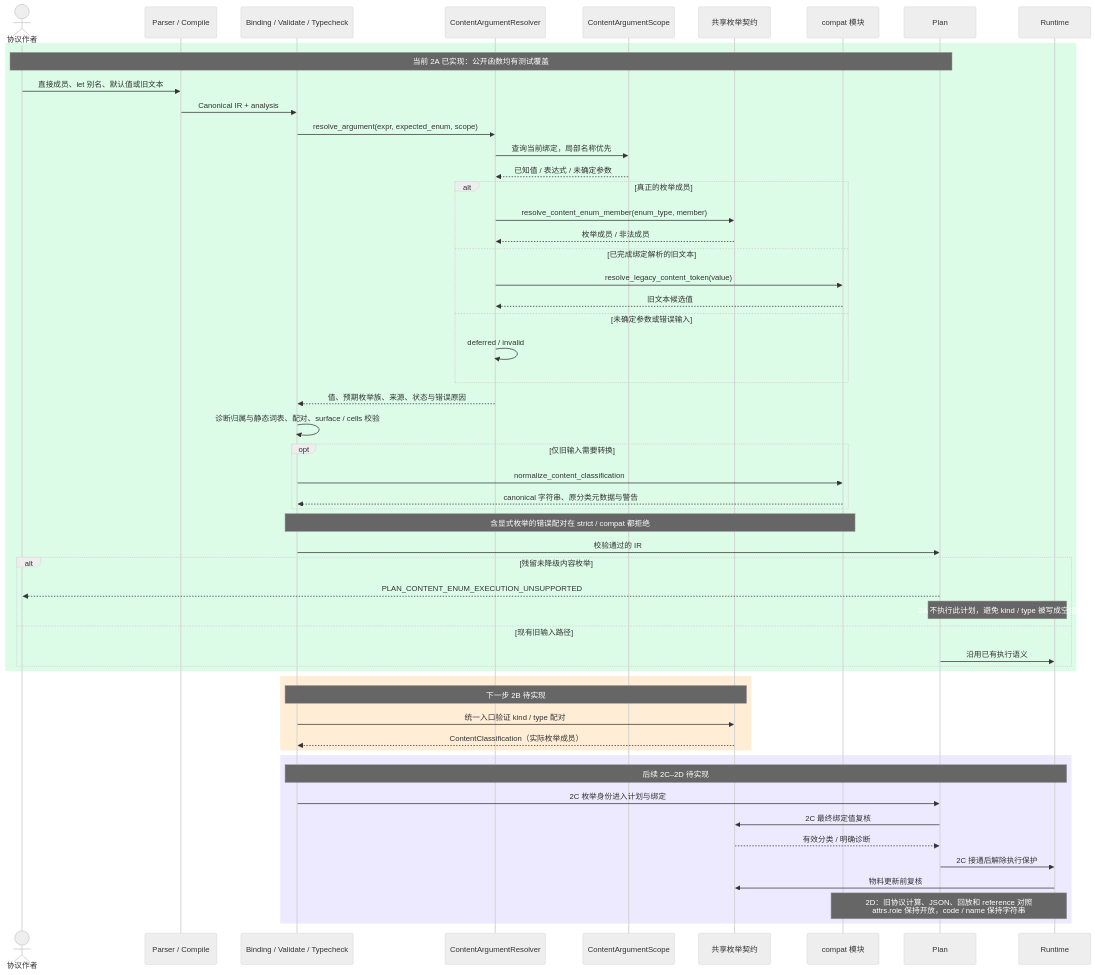
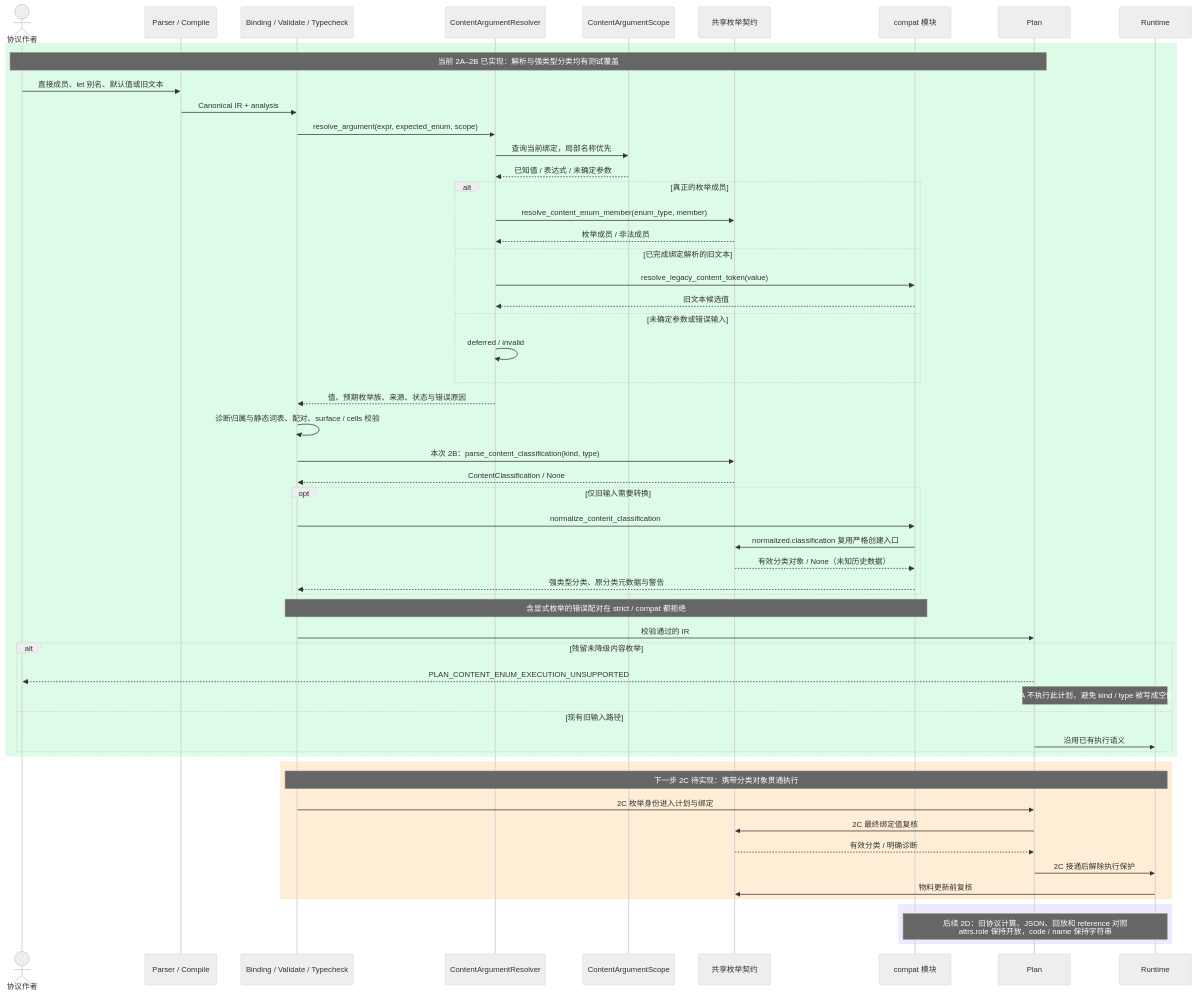
The second of 3 diagrams in docs/architecture/pipeline/validate_module_diagrams.md (culsma/culsma), drawn with Mermaid (neutral theme) before and after one commit. The commit also changed other lines of this file and 8 other files, not shown here.

Commit message:
feat: enforce validated content classification in shared contracts

````diff
--- a/docs/architecture/pipeline/validate_module_diagrams.md
+++ b/docs/architecture/pipeline/validate_module_diagrams.md
@@ -49,59 +52,60 @@
 ```mermaid
 sequenceDiagram
     actor Author as 协议作者
     participant Frontend as Parser / Compile
     participant Check as Binding / Validate / Typecheck
     participant Resolver as ContentArgumentResolver
     participant Scope as ContentArgumentScope
     participant Shared as 共享枚举契约
     participant Legacy as compat 模块
     participant Plan as Plan
     participant Runtime as Runtime
 
     rect rgb(220, 252, 231)
-        Note over Author, Plan: 当前 2A 已实现：公开函数均有测试覆盖
+        Note over Author, Plan: 当前 2A–2B 已实现：解析与强类型分类均有测试覆盖
         Author->>Frontend: 直接成员、let 别名、默认值或旧文本
         Frontend->>Check: Canonical IR + analysis
         Check->>Resolver: resolve_argument(expr, expected_enum, scope)
         Resolver->>Scope: 查询当前绑定，局部名称优先
         Scope-->>Resolver: 已知值 / 表达式 / 未确定参数
         alt 真正的枚举成员
             Resolver->>Shared: resolve_content_enum_member(enum_type, member)
             Shared-->>Resolver: 枚举成员 / 非法成员
         else 已完成绑定解析的旧文本
             Resolver->>Legacy: resolve_legacy_content_token(value)
             Legacy-->>Resolver: 旧文本候选值
         else 未确定参数或错误输入
             Resolver->>Resolver: deferred / invalid
         end
         Resolver-->>Check: 值、预期枚举族、来源、状态与错误原因
         Check->>Check: 诊断归属与静态词表、配对、surface / cells 校验
+        Check->>Shared: 本次 2B：parse_content_classification(kind, type)
+        Shared-->>Check: ContentClassification / None
         opt 仅旧输入需要转换
             Check->>Legacy: normalize_content_classification
-            Legacy-->>Check: canonical 字符串、原分类元数据与警告
+            Legacy->>Shared: normalized.classification 复用严格创建入口
+            Shared-->>Legacy: 有效分类对象 / None（未知历史数据）
+            Legacy-->>Check: 强类型分类、原分类元数据与警告
         end
         Note over Check, Legacy: 含显式枚举的错误配对在 strict / compat 都拒绝
         Check->>Plan: 校验通过的 IR
         alt 残留未降级内容枚举
             Plan-->>Author: PLAN_CONTENT_ENUM_EXECUTION_UNSUPPORTED
             Note over Plan, Runtime: 2A 不执行此计划，避免 kind / type 被写成空值
         else 现有旧输入路径
             Plan->>Runtime: 沿用已有执行语义
         end
     end
 
     rect rgb(255, 237, 213)
-        Note over Check, Shared: 下一步 2B 待实现
-        Check->>Shared: 统一入口验证 kind / type 配对
-        Shared-->>Check: ContentClassification（实际枚举成员）
-    end
-    rect rgb(237, 233, 254)
-        Note over Check, Runtime: 后续 2C–2D 待实现
+        Note over Check, Runtime: 下一步 2C 待实现：携带分类对象贯通执行
         Check->>Plan: 2C 枚举身份进入计划与绑定
         Plan->>Shared: 2C 最终绑定值复核
         Shared-->>Plan: 有效分类 / 明确诊断
         Plan->>Runtime: 2C 接通后解除执行保护
         Runtime->>Shared: 物料更新前复核
-        Note over Legacy, Runtime: 2D：旧协议计算、JSON、回放和 reference 对照<br/>attrs.role 保持开放，code / name 保持字符串
+    end
+    rect rgb(237, 233, 254)
+        Note over Legacy, Runtime: 后续 2D：旧协议计算、JSON、回放和 reference 对照<br/>attrs.role 保持开放，code / name 保持字符串
     end
 ```
````
